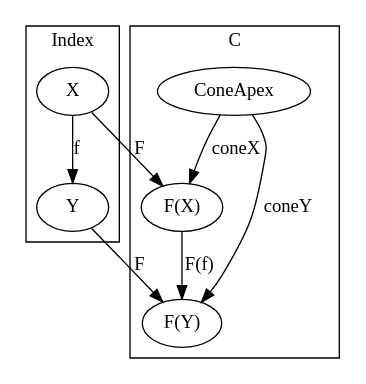
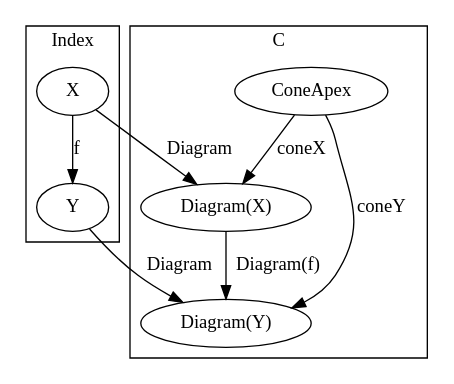
One commit to frankymacster/category-theory-graphviz changed the second of 4 diagrams in cone.md. Above: the diagram before and after it, drawn with Graphviz. The commit also changed other lines of this file, not shown here.

````diff
--- a/cone.md
+++ b/cone.md
@@ -22,27 +22,27 @@
 ```graphviz
 digraph G {
   subgraph clusterJ {
     label="Index"
 
     "X"
     "Y"
   }
 
   subgraph clusterC {
     label="C"
 
     "ConeApex"
-    "F(X)"
-    "F(Y)"
+    "Diagram(X)"
+    "Diagram(Y)"
   }
 
   "X" -> "Y" [label="f"]
 
-  "X" -> "F(X)" [label="F"]
-  "Y" -> "F(Y)" [label="F"]
-  "F(X)" -> "F(Y)" [label="F(f)"]
+  "X" -> "Diagram(X)" [label="Diagram"]
+  "Y" -> "Diagram(Y)" [label="Diagram"]
+  "Diagram(X)" -> "Diagram(Y)" [label="Diagram(f)"]
 
-  "ConeApex" -> "F(X)" [label="coneX"]
-  "ConeApex" -> "F(Y)" [label="coneY"]
+  "ConeApex" -> "Diagram(X)" [label="coneX"]
+  "ConeApex" -> "Diagram(Y)" [label="coneY"]
 }
 ```
````
